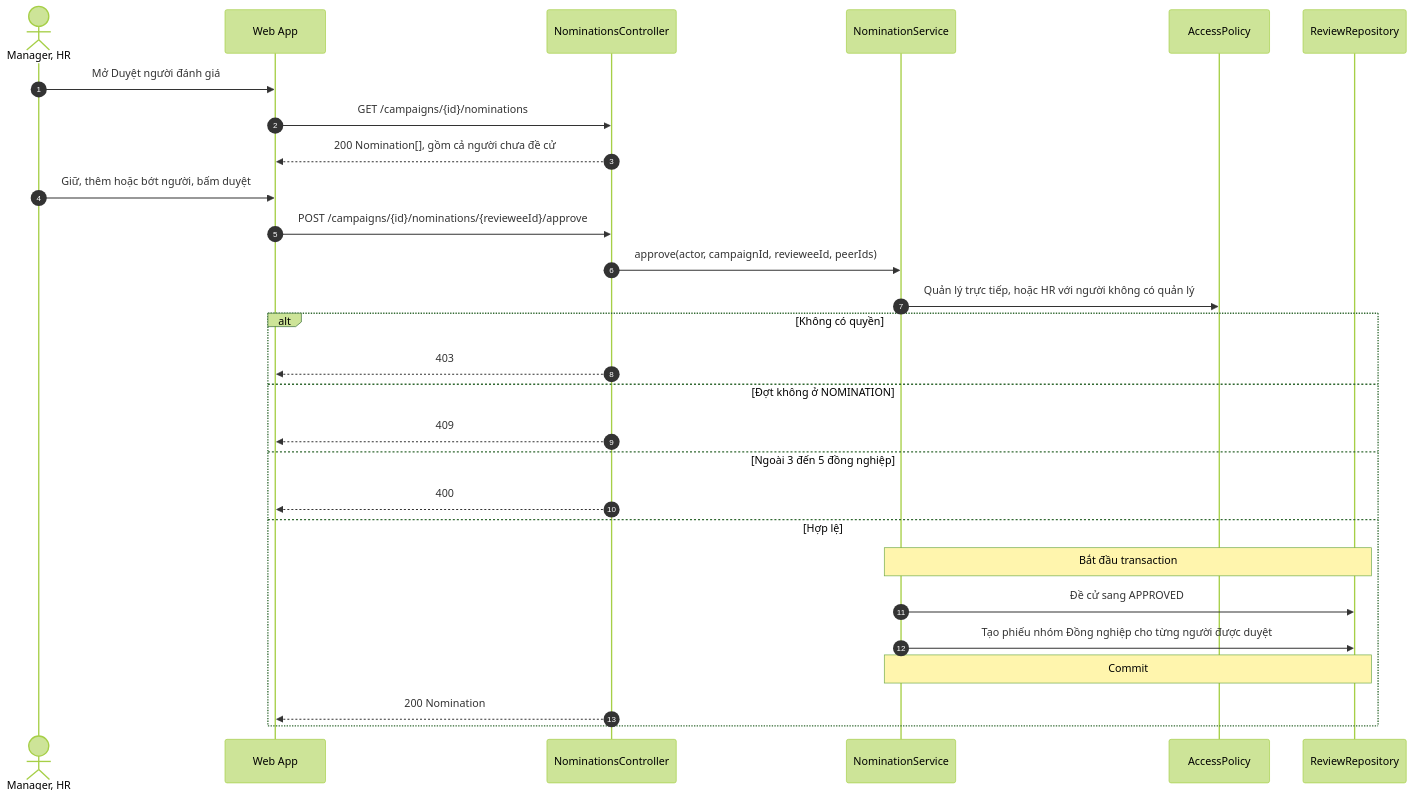
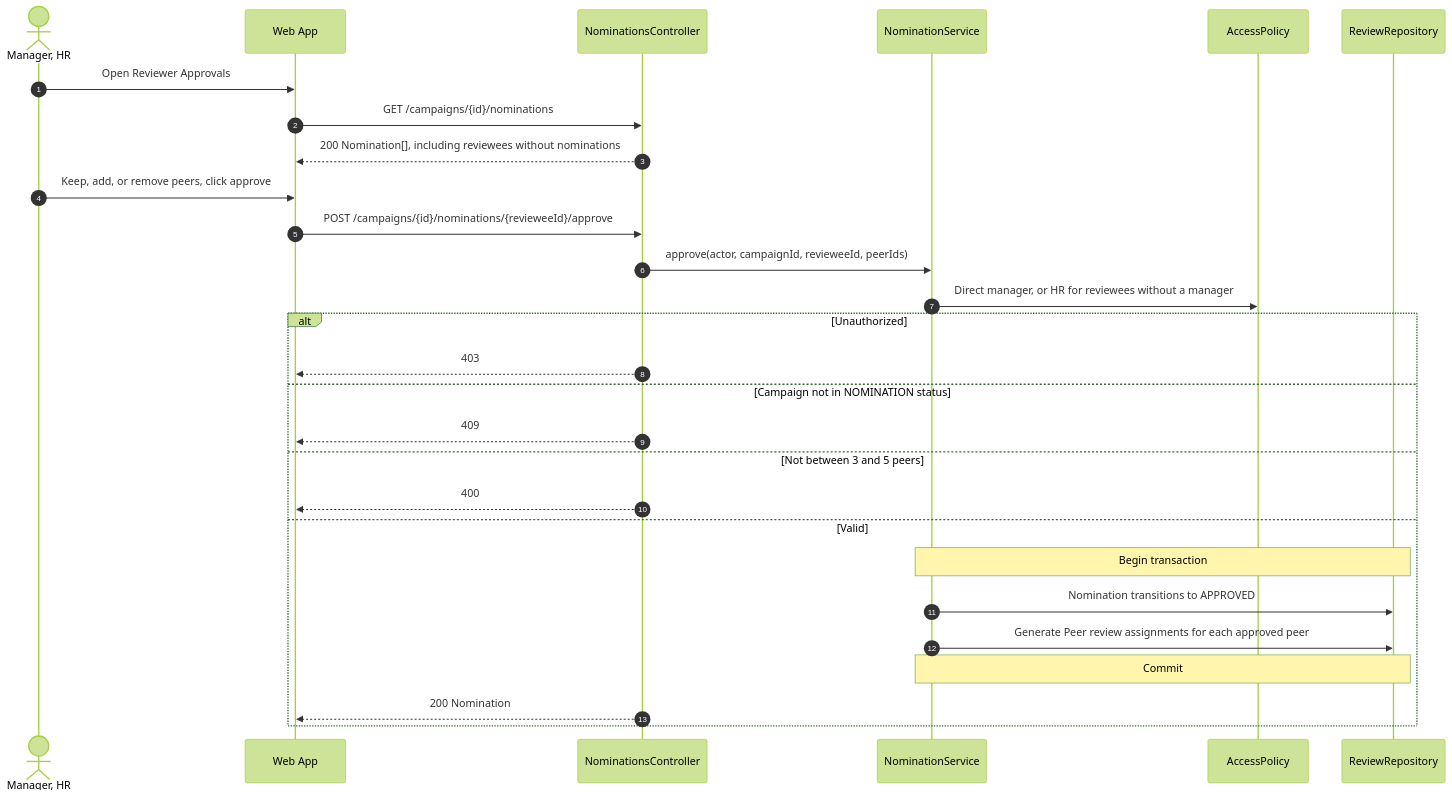
One commit to Akaza-ban/OCK-360 changed diagram 18 of 32 in docs/architecture/sequence-diagrams.md. Above: the diagram before and after it, drawn with Mermaid (forest theme). The commit also changed other lines of this file and 24 other files, not shown here.

````diff
--- a/docs/architecture/sequence-diagrams.md
+++ b/docs/architecture/sequence-diagrams.md
@@ -633,31 +633,31 @@
 ```mermaid
 sequenceDiagram
     autonumber
     actor M as Manager, HR
     participant W as Web App
     participant C as NominationsController
     participant S as NominationService
     participant P as AccessPolicy
     participant R as ReviewRepository
 
-    M->>W: Mở Duyệt người đánh giá
+    M->>W: Open Reviewer Approvals
     W->>C: GET /campaigns/{id}/nominations
-    C-->>W: 200 Nomination[], gồm cả người chưa đề cử
-    M->>W: Giữ, thêm hoặc bớt người, bấm duyệt
+    C-->>W: 200 Nomination[], including reviewees without nominations
+    M->>W: Keep, add, or remove peers, click approve
     W->>C: POST /campaigns/{id}/nominations/{revieweeId}/approve
     C->>S: approve(actor, campaignId, revieweeId, peerIds)
-    S->>P: Quản lý trực tiếp, hoặc HR với người không có quản lý
-    alt Không có quyền
+    S->>P: Direct manager, or HR for reviewees without a manager
+    alt Unauthorized
         C-->>W: 403
-    else Đợt không ở NOMINATION
+    else Campaign not in NOMINATION status
         C-->>W: 409
-    else Ngoài 3 đến 5 đồng nghiệp
+    else Not between 3 and 5 peers
         C-->>W: 400
-    else Hợp lệ
-        Note over S,R: Bắt đầu transaction
-        S->>R: Đề cử sang APPROVED
-        S->>R: Tạo phiếu nhóm Đồng nghiệp cho từng người được duyệt
+    else Valid
+        Note over S,R: Begin transaction
+        S->>R: Nomination transitions to APPROVED
+        S->>R: Generate Peer review assignments for each approved peer
         Note over S,R: Commit
         C-->>W: 200 Nomination
     end
 ```
````
